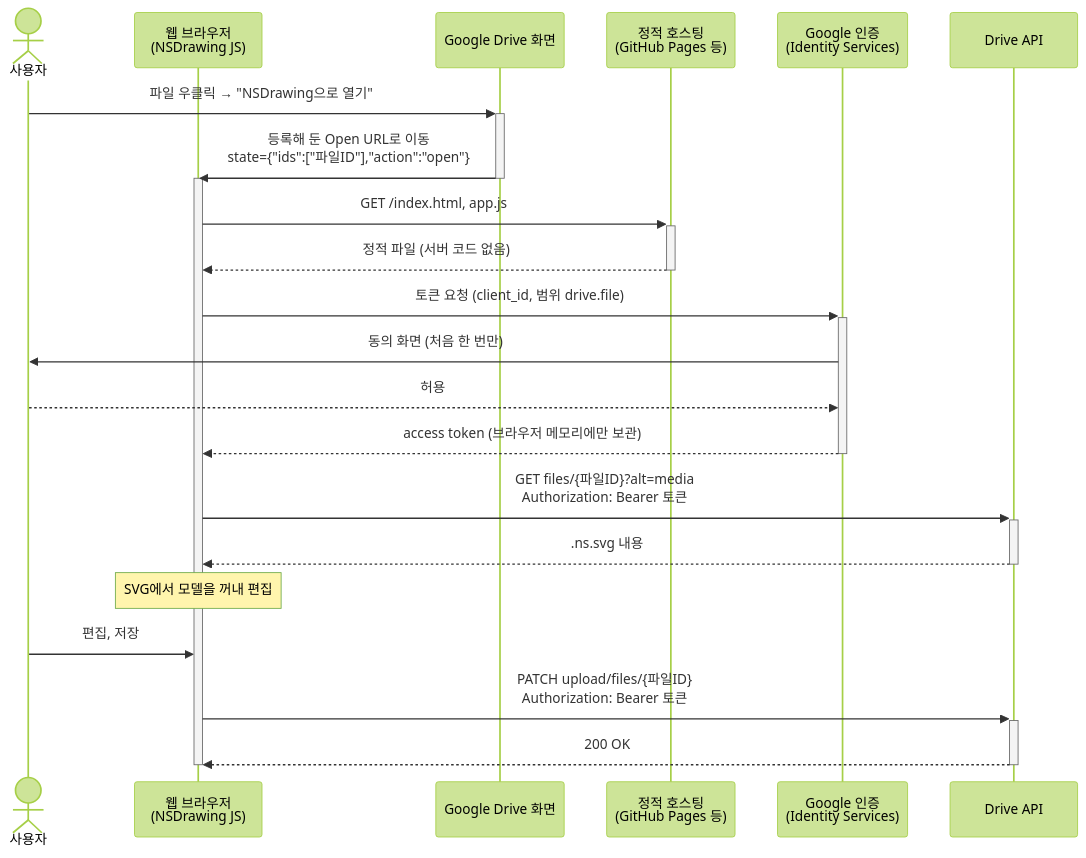
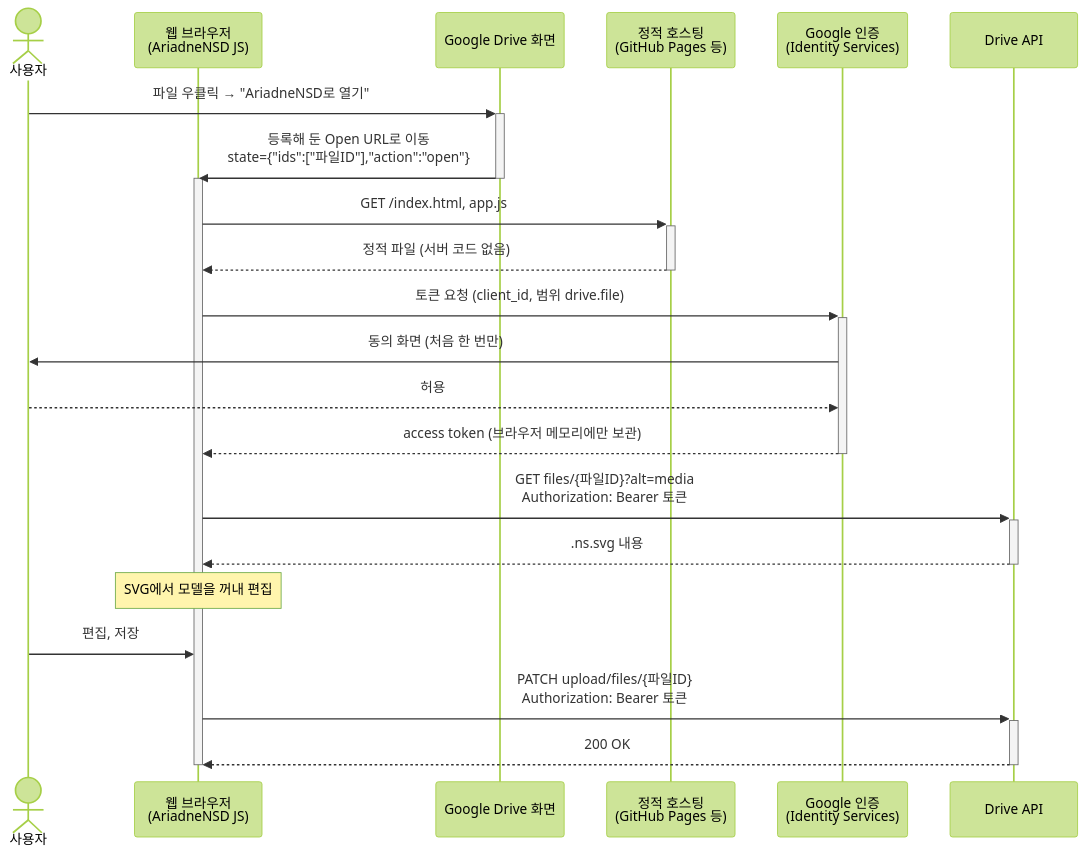
The diagram in tech-notes/drive-app-basics.md (reddiana/nsdrawing), drawn with Mermaid (forest theme) before and after one commit. The commit also changed other lines of this file and 34 other files, not shown here.

Commit message:
제품 이름을 AriadneNSD로 바꿈: ADR-0019 승인, 문서 본문과 태그 반영, ADR-0014 이후 변경

````diff
--- a/tech-notes/drive-app-basics.md
+++ b/tech-notes/drive-app-basics.md
@@ -26,26 +26,26 @@
 ```mermaid
 sequenceDiagram
     actor U as 사용자
-    participant B as 웹 브라우저<br/>(NSDrawing JS)
+    participant B as 웹 브라우저<br/>(AriadneNSD JS)
     participant D as Google Drive 화면
     participant H as 정적 호스팅<br/>(GitHub Pages 등)
     participant A as Google 인증<br/>(Identity Services)
     participant API as Drive API
 
-    U->>+D: 파일 우클릭 → "NSDrawing으로 열기"
+    U->>+D: 파일 우클릭 → "AriadneNSD로 열기"
     D->>-B: 등록해 둔 Open URL로 이동<br/>state={"ids":["파일ID"],"action":"open"}
     activate B
     B->>+H: GET /index.html, app.js
     H-->>-B: 정적 파일 (서버 코드 없음)
     B->>+A: 토큰 요청 (client_id, 범위 drive.file)
     A->>U: 동의 화면 (처음 한 번만)
     U-->>A: 허용
     A-->>-B: access token (브라우저 메모리에만 보관)
     B->>+API: GET files/{파일ID}?alt=media<br/>Authorization: Bearer 토큰
     API-->>-B: .ns.svg 내용
     Note over B: SVG에서 모델을 꺼내 편집
     U->>B: 편집, 저장
     B->>+API: PATCH upload/files/{파일ID}<br/>Authorization: Bearer 토큰
     API-->>-B: 200 OK
     deactivate B
 ```
````
